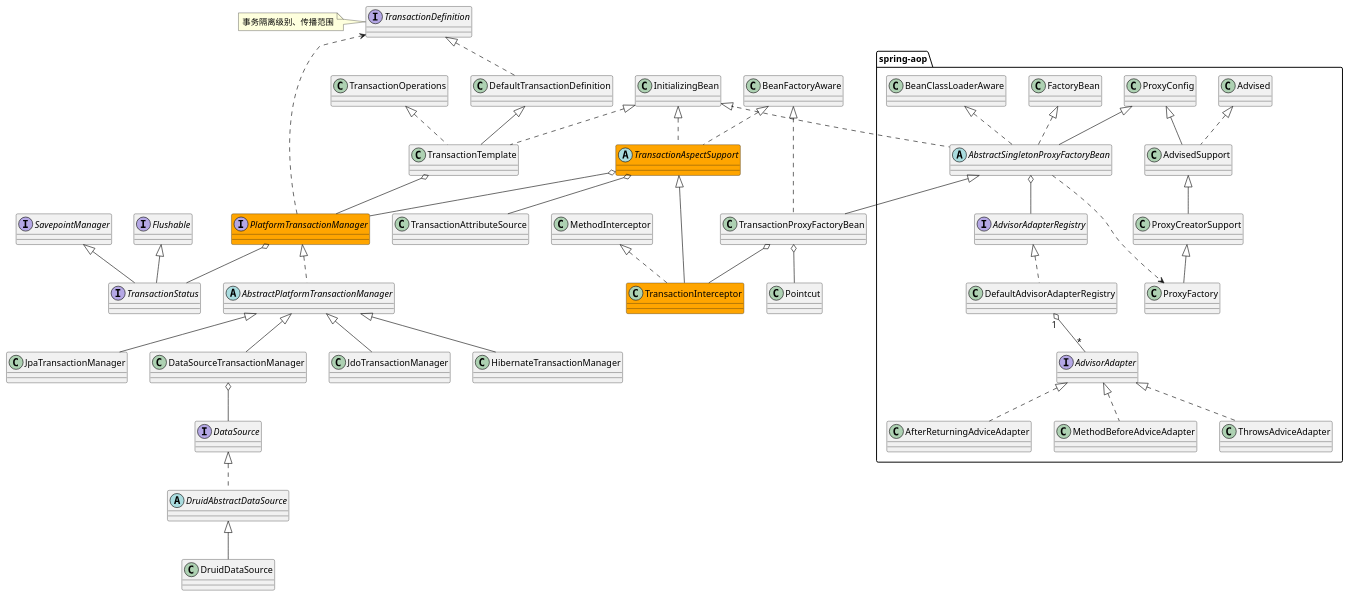
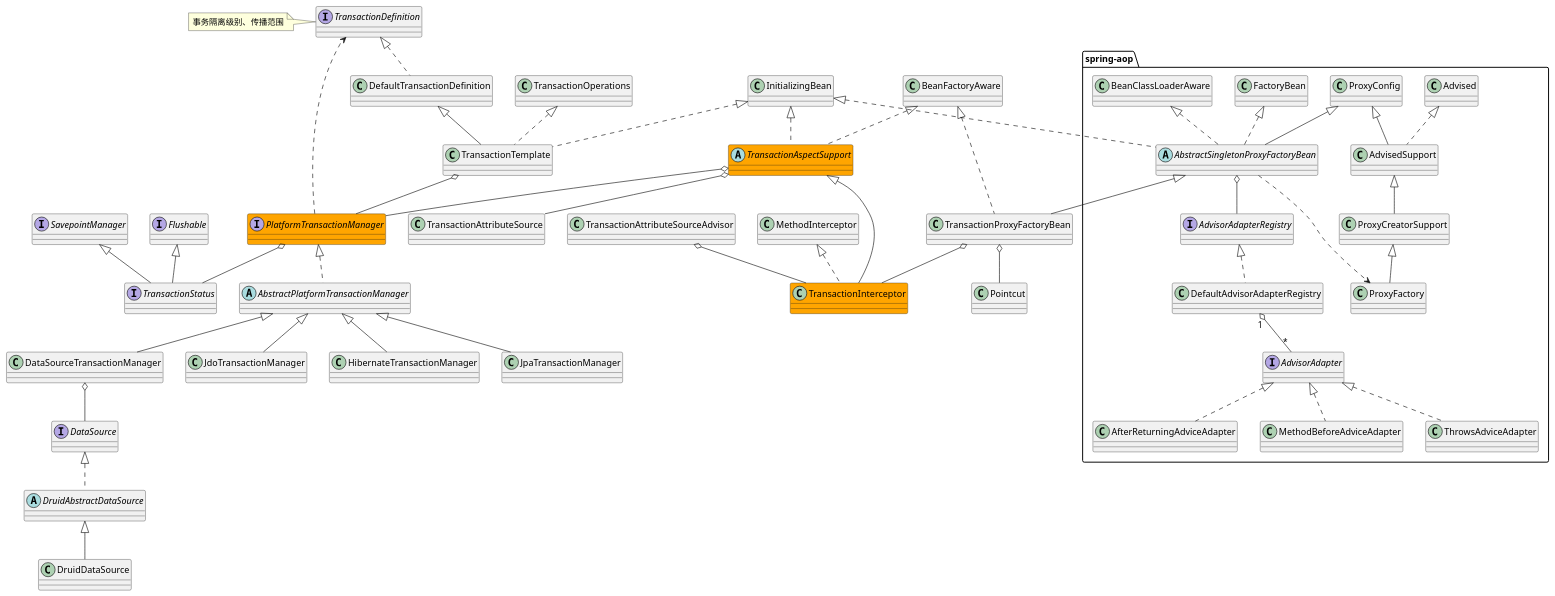
One commit to onlyonion/development changed the diagram in 20-framework/src/spring/spring-tx/README.md. Above: the diagram before and after it, drawn with PlantUML. The commit also changed other lines of this file and 21 other files, not shown here.

```diff
--- a/20-framework/src/spring/spring-tx/README.md
+++ b/20-framework/src/spring/spring-tx/README.md
@@ -71,6 +84,9 @@
 
 TransactionAspectSupport o-- PlatformTransactionManager
 TransactionAspectSupport o-- TransactionAttributeSource
+
+class TransactionAttributeSourceAdvisor
+TransactionAttributeSourceAdvisor o-- TransactionInterceptor
 
 '''''''''''''''''''''''''事务管理器'''''''''''''''''''''''''
 interface PlatformTransactionManager #orange
```
